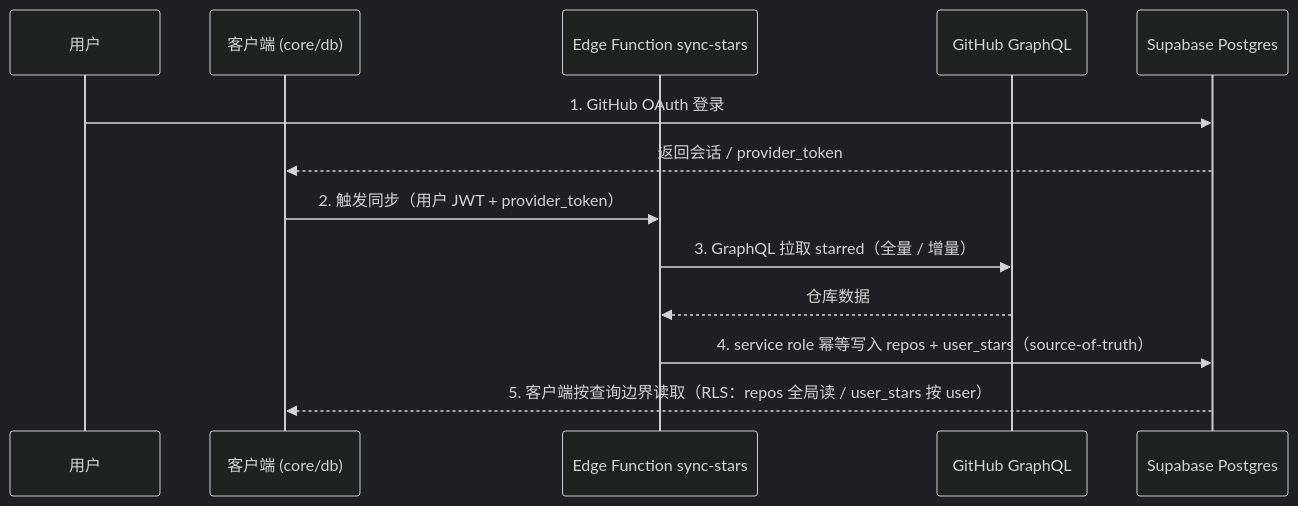
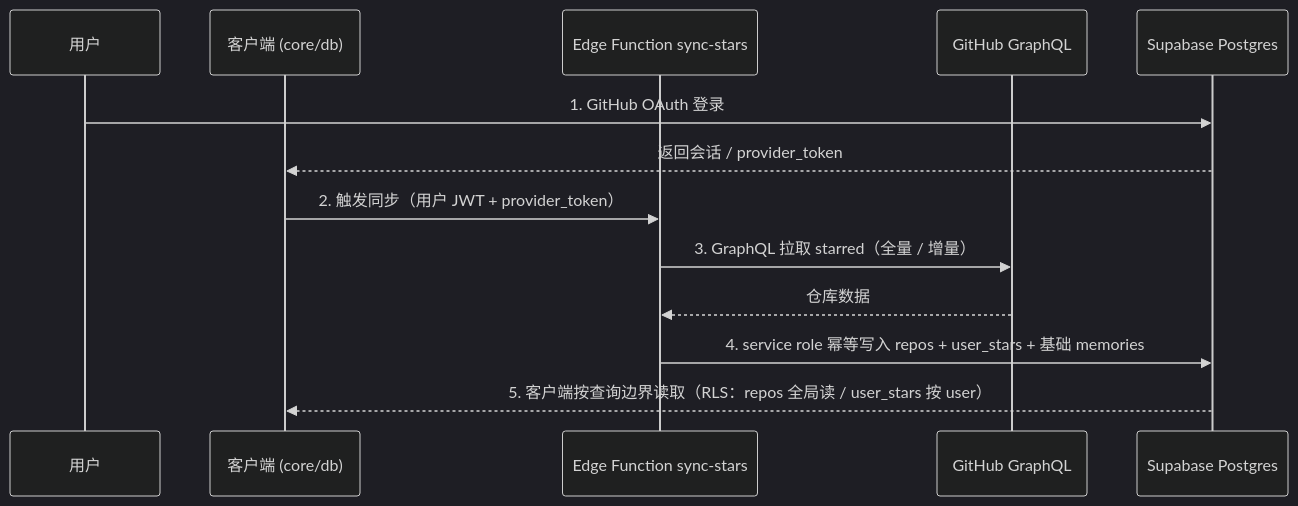
One commit to sousouliao/asterism changed the second of 2 diagrams in knowledge/contracts/architecture.md. Above: the diagram before and after it, drawn with Mermaid (dark theme). The commit also changed other lines of this file and 20 other files, not shown here.

````diff
--- a/knowledge/contracts/architecture.md
+++ b/knowledge/contracts/architecture.md
@@ -94,16 +94,16 @@
 ```mermaid
 sequenceDiagram
   participant U as 用户
   participant C as 客户端 (core/db)
   participant Fn as Edge Function sync-stars
   participant GH as GitHub GraphQL
   participant SB as Supabase Postgres
 
   U->>SB: 1. GitHub OAuth 登录
   SB-->>C: 返回会话 / provider_token
   C->>Fn: 2. 触发同步（用户 JWT + provider_token）
   Fn->>GH: 3. GraphQL 拉取 starred（全量 / 增量）
   GH-->>Fn: 仓库数据
-  Fn->>SB: 4. service role 幂等写入 repos + user_stars（source-of-truth）
+  Fn->>SB: 4. service role 幂等写入 repos + user_stars + 基础 memories
   SB-->>C: 5. 客户端按查询边界读取（RLS：repos 全局读 / user_stars 按 user）
 ```
````
